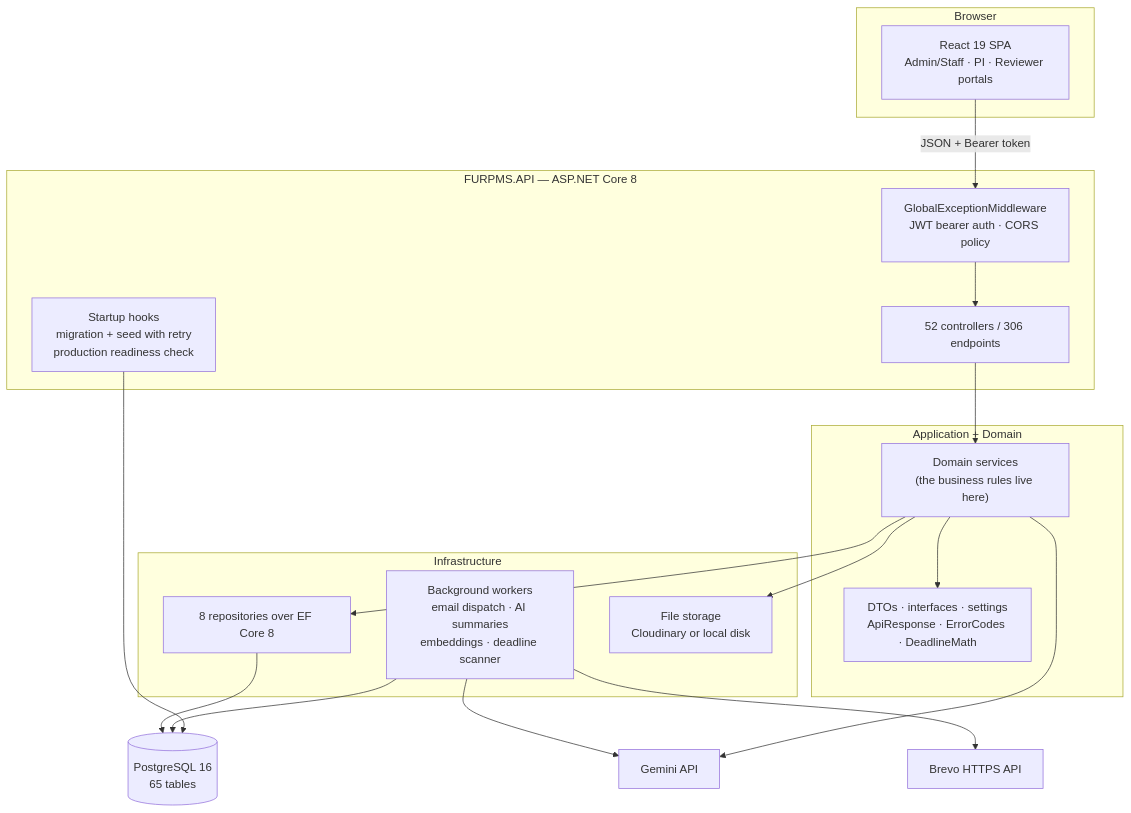
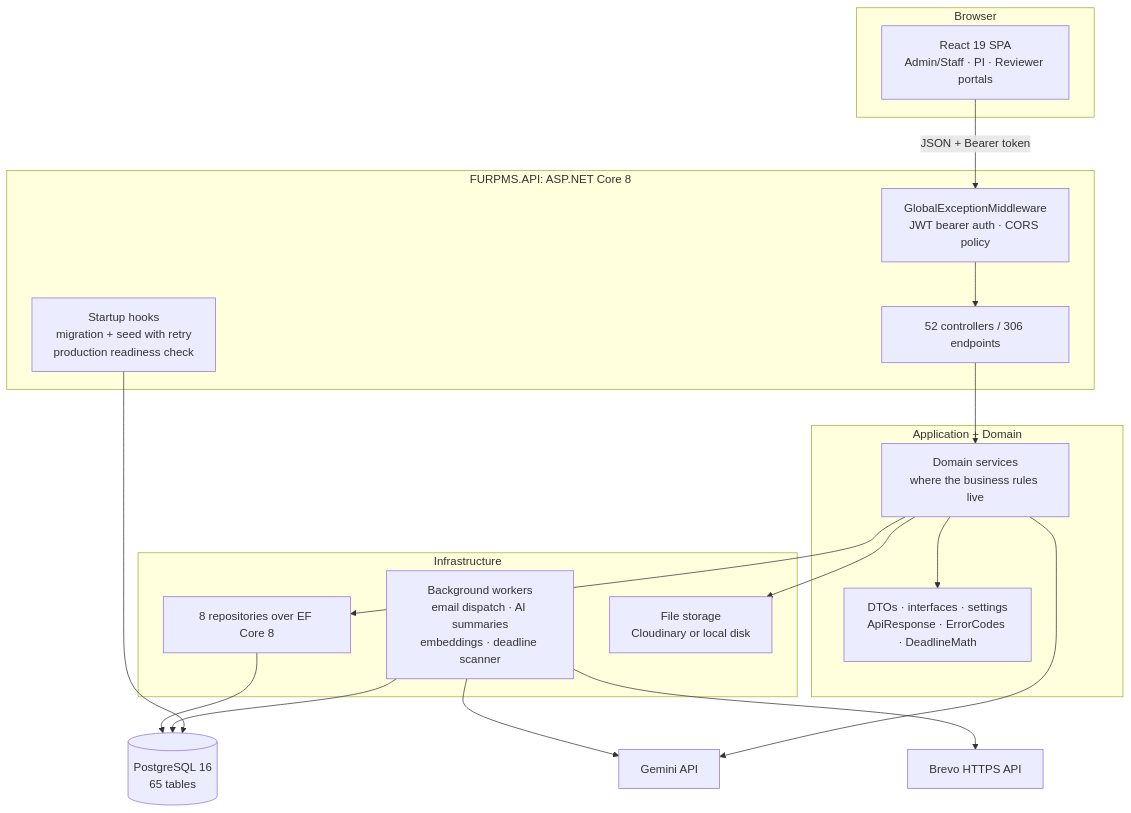
Before and after one commit to trunghq54/FURPMS_BEv2: the second of 2 diagrams in README.md, drawn with Mermaid. The commit also changed other lines of this file and 8 other files, not shown here.

````diff
--- a/README.md
+++ b/README.md
@@ -119,37 +125,37 @@
 ```mermaid
 flowchart TB
     subgraph CLIENT["Browser"]
         SPA["React 19 SPA<br/>Admin/Staff · PI · Reviewer portals"]
     end
 
-    subgraph API["FURPMS.API — ASP.NET Core 8"]
+    subgraph API["FURPMS.API: ASP.NET Core 8"]
         MW["GlobalExceptionMiddleware<br/>JWT bearer auth · CORS policy"]
         CTL["52 controllers / 306 endpoints"]
         START["Startup hooks<br/>migration + seed with retry<br/>production readiness check"]
     end
 
     subgraph CORE["Application + Domain"]
-        SVC["Domain services<br/>(the business rules live here)"]
+        SVC["Domain services<br/>where the business rules live"]
         CONTRACT["DTOs · interfaces · settings<br/>ApiResponse · ErrorCodes · DeadlineMath"]
     end
 
     subgraph INFRA["Infrastructure"]
         REPO["8 repositories over EF Core 8"]
         BG["Background workers<br/>email dispatch · AI summaries<br/>embeddings · deadline scanner"]
         STORE["File storage<br/>Cloudinary or local disk"]
     end
 
     DB[("PostgreSQL 16<br/>65 tables")]
     GEM["Gemini API"]
     BRV["Brevo HTTPS API"]
 
     SPA -->|"JSON + Bearer token"| MW --> CTL --> SVC
     SVC --> CONTRACT
     SVC --> REPO --> DB
     SVC --> STORE
     BG --> DB
     BG --> GEM
     BG --> BRV
     SVC --> GEM
     START --> DB
 ```
````
